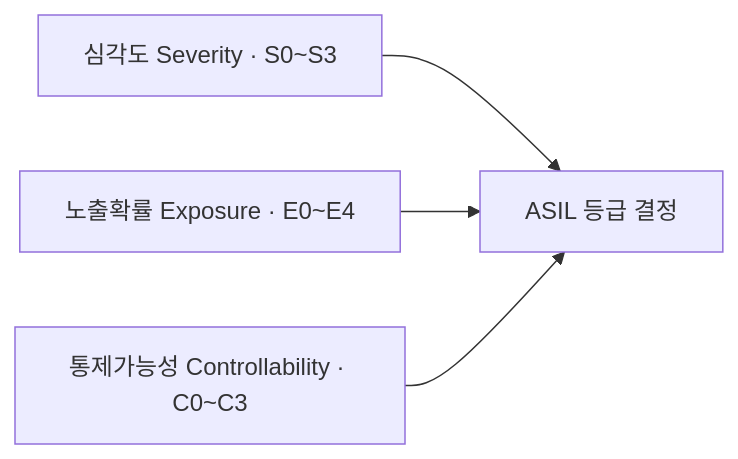
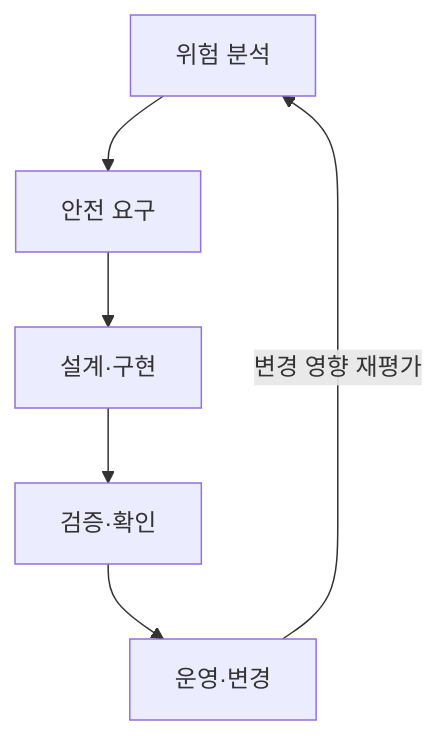
Before and after one commit to agnusdei1207/study: the second of 2 diagrams in src/content/docs/notes/itpe/02-software-engineering/188_functional_safety.md, drawn with Mermaid. The commit also changed other lines of this file and 33 other files, not shown here.

````diff
--- a/src/content/docs/notes/itpe/02-software-engineering/188_functional_safety.md
+++ b/src/content/docs/notes/itpe/02-software-engineering/188_functional_safety.md
@@ -101,6 +102,8 @@
 ```mermaid
-flowchart LR
-    S["심각도 Severity · S0~S3"] --> A["ASIL 등급 결정"]
-    E["노출확률 Exposure · E0~E4"] --> A
-    C["통제가능성 Controllability · C0~C3"] --> A
+flowchart TB
+    A["위험 분석"] --> B["안전 요구"]
+    B --> C["설계·구현"]
+    C --> D["검증·확인"]
+    D --> E["운영·변경"]
+    E -->|"변경 영향 재평가"| A
 ```
````
